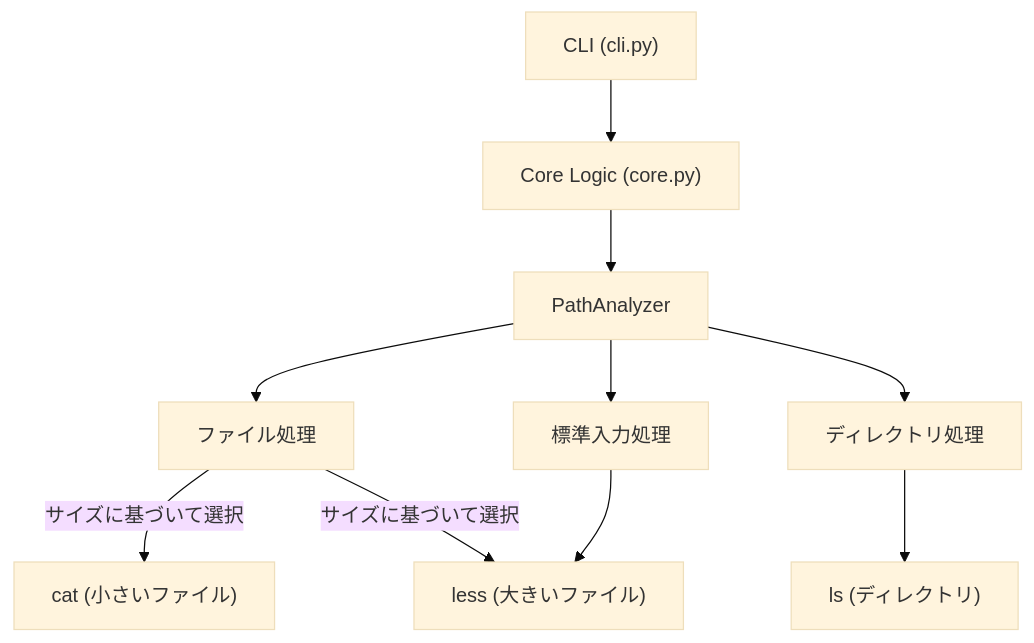
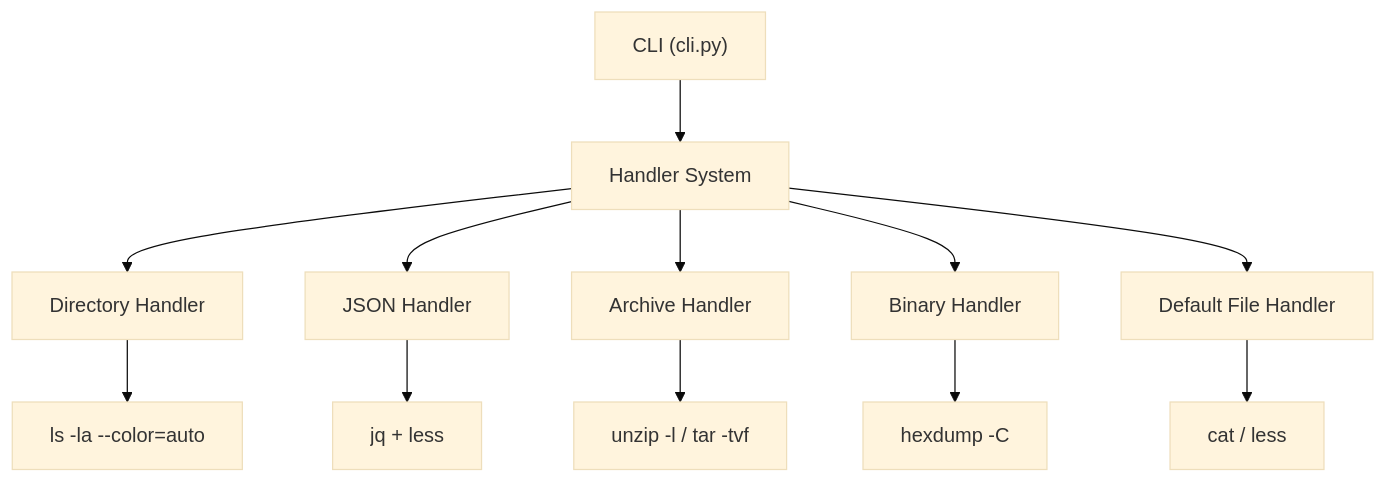
Before and after one commit to gyu-don/l-command: the first of 2 diagrams in .cursordocs/implementation-plan.md, drawn with Mermaid (base theme). The commit also changed other lines of this file and 6 other files, not shown here.

````diff
--- a/.cursordocs/implementation-plan.md
+++ b/.cursordocs/implementation-plan.md
@@ -17,13 +9,15 @@
 ```mermaid
 graph TD
-    CLI["CLI (cli.py)"] --> Core["Core Logic (core.py)"]
-    Core --> PathAnalyzer["PathAnalyzer"]
-    PathAnalyzer --> FileHandler["ファイル処理"]
-    PathAnalyzer --> DirHandler["ディレクトリ処理"]
-    PathAnalyzer --> StdinHandler["標準入力処理"]
+    CLI["CLI (cli.py)"] --> Handlers["Handler System"]
+    Handlers --> DirectoryHandler["Directory Handler"]
+    Handlers --> JsonHandler["JSON Handler"]
+    Handlers --> ArchiveHandler["Archive Handler"]
+    Handlers --> BinaryHandler["Binary Handler"]
+    Handlers --> DefaultHandler["Default File Handler"]
 
-    FileHandler -- "サイズに基づいて選択" --> Cat["cat (小さいファイル)"]
-    FileHandler -- "サイズに基づいて選択" --> Less["less (大きいファイル)"]
-    DirHandler --> LS["ls (ディレクトリ)"]
-    StdinHandler --> Less
+    DirectoryHandler --> LS["ls -la --color=auto"]
+    JsonHandler --> JQ["jq + less"]
+    ArchiveHandler --> ArchiveTools["unzip -l / tar -tvf"]
+    BinaryHandler --> Hexdump["hexdump -C"]
+    DefaultHandler --> CatLess["cat / less"]
 ```
````
